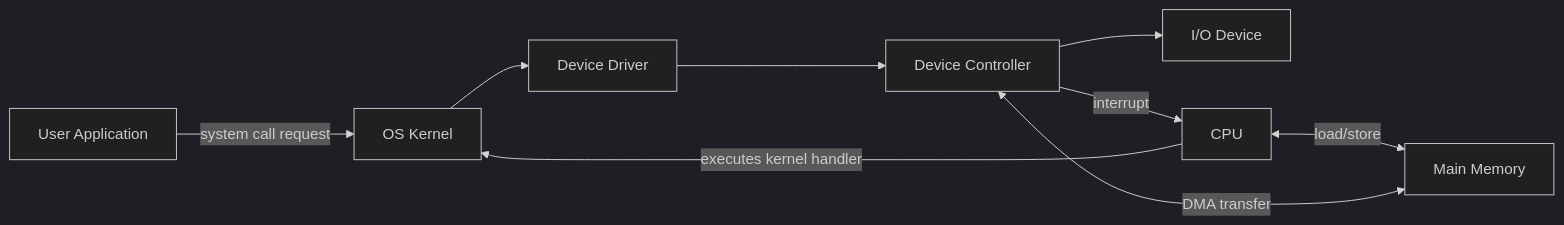
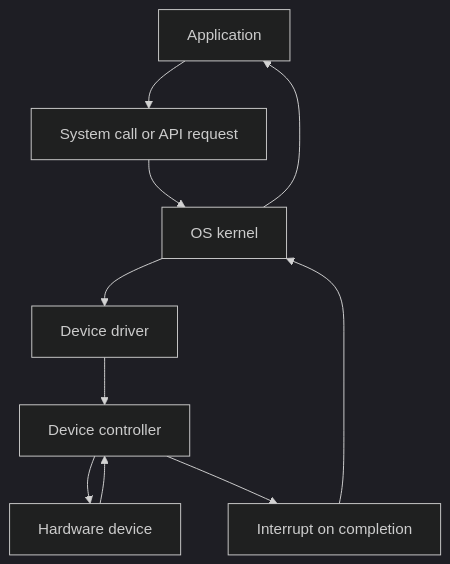
One commit to Harsh16Bhardwaj/learnOS changed the first of 3 diagrams in outputs/markdown/day-02-computer-system-architecture-for-os.md. Above: the diagram before and after it, drawn with Mermaid (dark theme). The commit also changed other lines of this file and 131 other files, not shown here.

````diff
--- a/outputs/markdown/day-02-computer-system-architecture-for-os.md
+++ b/outputs/markdown/day-02-computer-system-architecture-for-os.md
@@ -123,11 +128,12 @@
 ```mermaid
-flowchart LR
-    App["User Application"] -->|system call request| Kernel["OS Kernel"]
-    Kernel --> Driver["Device Driver"]
-    Driver --> Controller["Device Controller"]
-    Controller --> Device["I/O Device"]
-    Controller -->|interrupt| CPU["CPU"]
-    CPU -->|executes kernel handler| Kernel
-    CPU <-->|load/store| Memory["Main Memory"]
-    Controller <-->|DMA transfer| Memory
+flowchart TD
+    App[Application] --> Syscall[System call or API request]
+    Syscall --> Kernel[OS kernel]
+    Kernel --> Driver[Device driver]
+    Driver --> Controller[Device controller]
+    Controller --> Device[Hardware device]
+    Device --> Controller
+    Controller --> Interrupt[Interrupt on completion]
+    Interrupt --> Kernel
+    Kernel --> App
 ```
````
